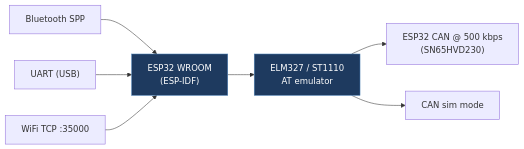
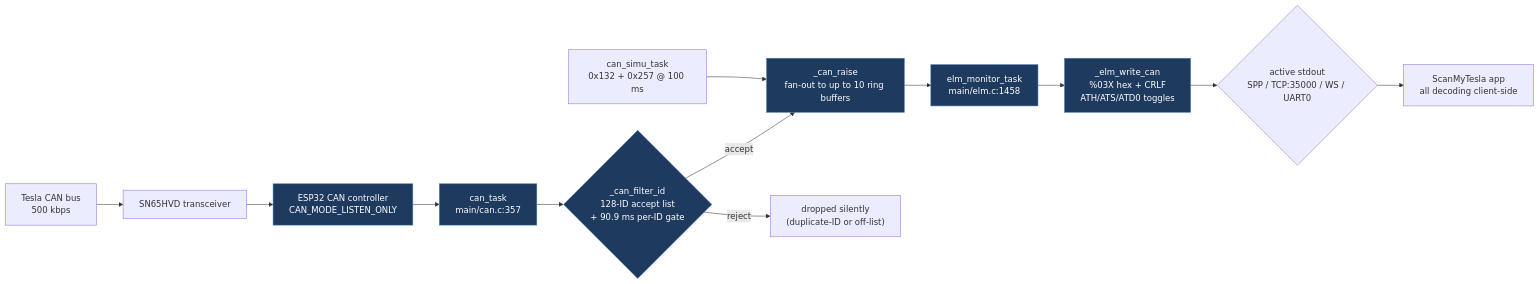
The first of 3 diagrams in docs/legacy/Akisoft41-TeslapLX.md (babico/TeslaCANModder), drawn with Mermaid before and after one commit. The commit also changed other lines of this file and 99 other files, not shown here.

````diff
--- a/docs/legacy/Akisoft41-TeslapLX.md
+++ b/docs/legacy/Akisoft41-TeslapLX.md
@@ -26,11 +107,16 @@
 ```mermaid
 flowchart LR
-    BT["Bluetooth SPP"] --> ESP["ESP32 WROOM<br/>(ESP-IDF)"]
-    UART["UART (USB)"] --> ESP
-    WiFi["WiFi TCP :35000"] --> ESP
-    ESP --> ELM["ELM327 / ST1110<br/>AT emulator"]
-    ELM --> CAN["ESP32 CAN @ 500 kbps<br/>(SN65HVD230)"]
-    ELM --> SIM["CAN sim mode"]
-    classDef bridge fill:#1e3a5f,stroke:#4a7fb5,color:#fff
-    class ESP,ELM bridge
+    CAR[Tesla CAN bus<br/>500 kbps] --> XCVR[SN65HVD transceiver]
+    XCVR --> TWAI[ESP32 CAN controller<br/>CAN_MODE_LISTEN_ONLY]
+    TWAI --> RXT["can_task<br/>main/can.c:357"]
+    RXT --> GATE{"_can_filter_id<br/>128-ID accept list<br/>+ 90.9 ms per-ID gate"}
+    GATE -->|accept| RAISE["_can_raise<br/>fan-out to up to 10 ring buffers"]
+    GATE -->|reject| DROP["dropped silently<br/>(duplicate-ID or off-list)"]
+    RAISE --> MON["elm_monitor_task<br/>main/elm.c:1458"]
+    MON --> FMT["_elm_write_can<br/>%03X hex + CRLF<br/>ATH/ATS/ATD0 toggles"]
+    FMT --> OUT{"active stdout<br/>SPP / TCP:35000 / WS / UART0"}
+    SIMU["can_simu_task<br/>0x132 + 0x257 @ 100 ms"] --> RAISE
+    OUT --> APP["ScanMyTesla app<br/>all decoding client-side"]
+    classDef pipeline fill:#1e3a5f,stroke:#4a7fb5,color:#fff
+    class TWAI,RXT,GATE,RAISE,MON,FMT pipeline
 ```
````
